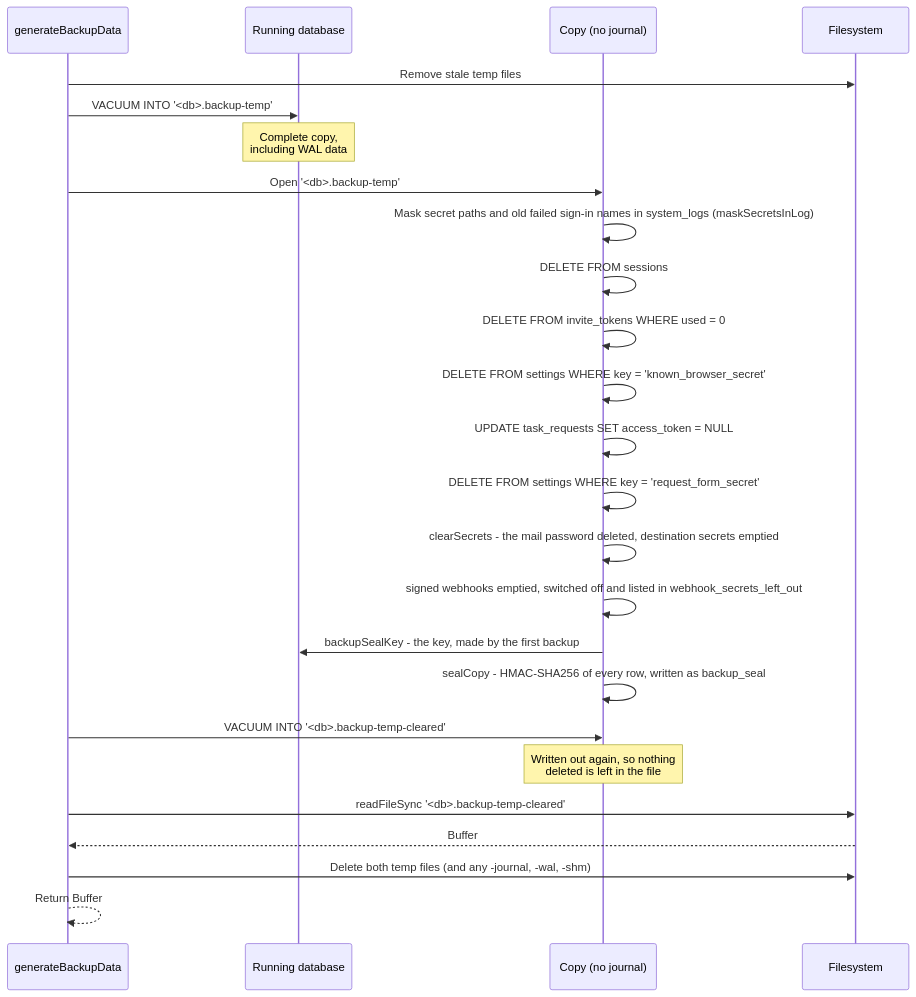
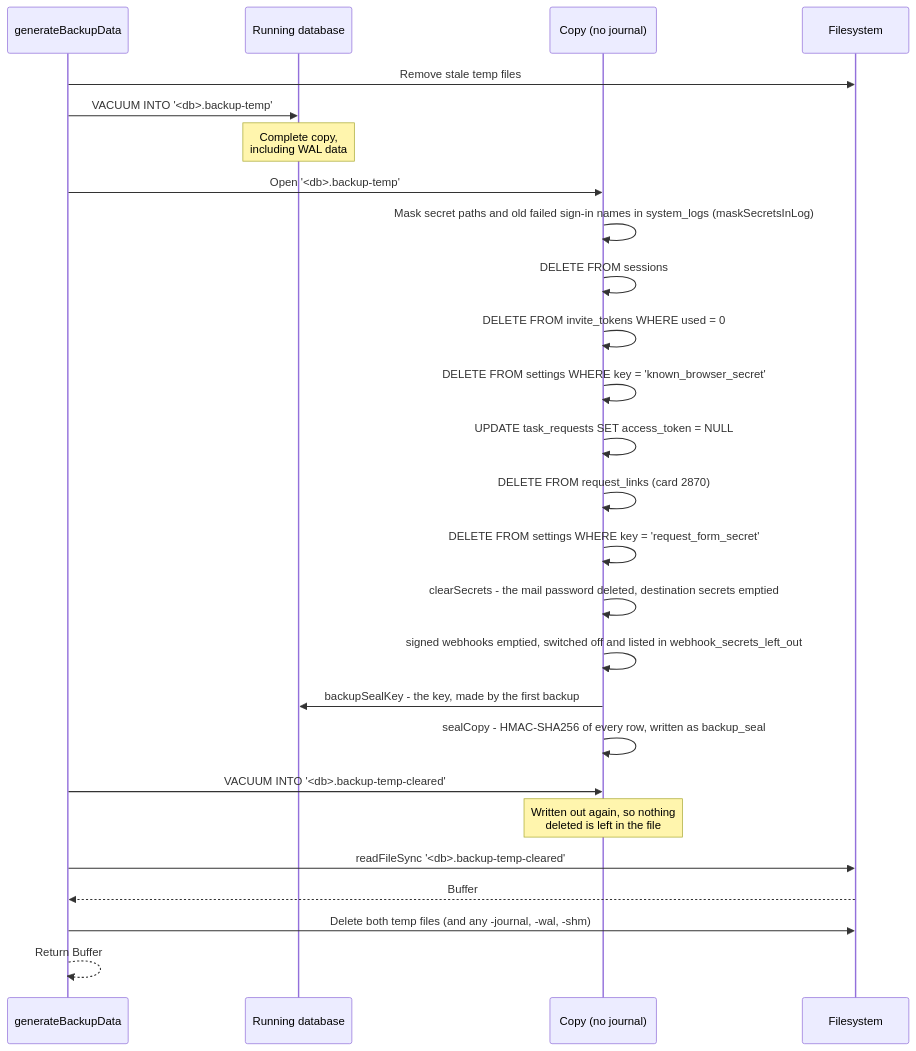
Before and after one commit to gitBoon/DumpFire: the sixth of 21 diagrams in docs/backup-reporting.md, drawn with Mermaid. The commit also changed other lines of this file and 55 other files, not shown here.

````diff
--- a/docs/backup-reporting.md
+++ b/docs/backup-reporting.md
@@ -498,28 +501,29 @@
 ```mermaid
 sequenceDiagram
     participant Backup as generateBackupData
     participant Live as Running database
     participant Copy as Copy (no journal)
     participant FS as Filesystem
 
     Backup->>FS: Remove stale temp files
     Backup->>Live: VACUUM INTO '<db>.backup-temp'
     Note over Live: Complete copy,<br/>including WAL data
     Backup->>Copy: Open '<db>.backup-temp'
     Copy->>Copy: Mask secret paths and old failed sign-in names in system_logs (maskSecretsInLog)
     Copy->>Copy: DELETE FROM sessions
     Copy->>Copy: DELETE FROM invite_tokens WHERE used = 0
     Copy->>Copy: DELETE FROM settings WHERE key = 'known_browser_secret'
     Copy->>Copy: UPDATE task_requests SET access_token = NULL
+    Copy->>Copy: DELETE FROM request_links (card 2870)
     Copy->>Copy: DELETE FROM settings WHERE key = 'request_form_secret'
     Copy->>Copy: clearSecrets - the mail password deleted, destination secrets emptied
     Copy->>Copy: signed webhooks emptied, switched off and listed in webhook_secrets_left_out
     Copy->>Live: backupSealKey - the key, made by the first backup
     Copy->>Copy: sealCopy - HMAC-SHA256 of every row, written as backup_seal
     Backup->>Copy: VACUUM INTO '<db>.backup-temp-cleared'
     Note over Copy: Written out again, so nothing<br/>deleted is left in the file
     Backup->>FS: readFileSync '<db>.backup-temp-cleared'
     FS-->>Backup: Buffer
     Backup->>FS: Delete both temp files (and any -journal, -wal, -shm)
     Backup-->>Backup: Return Buffer
 ```
````
